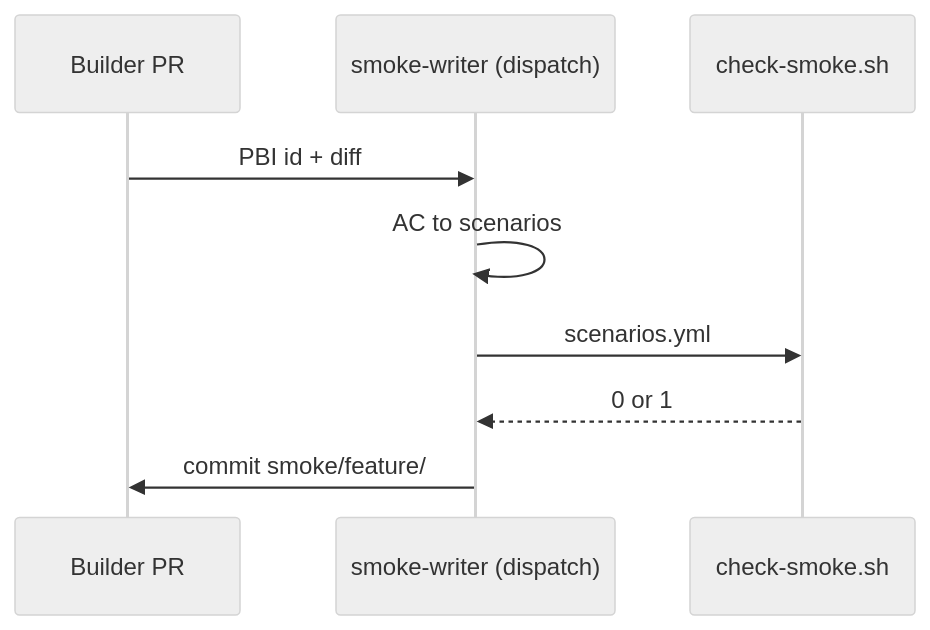
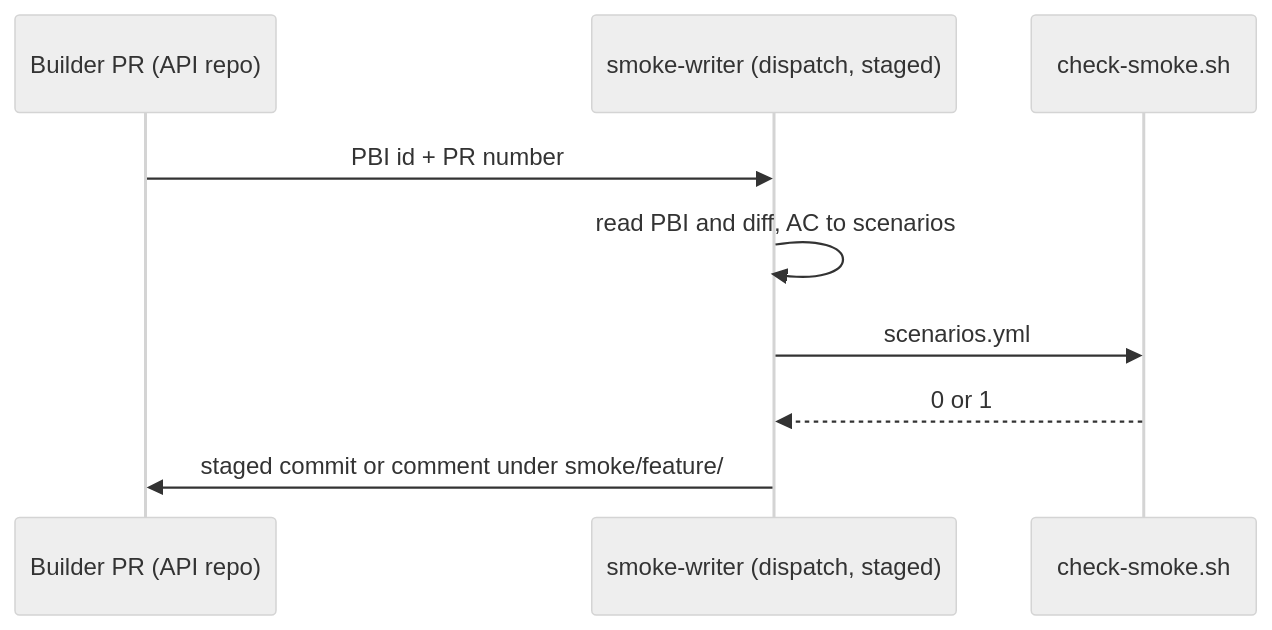
Before and after one commit to svennijhuis/agentic-workflows: the first of 2 diagrams in docs/pbi/smoke/SM02.md, drawn with Mermaid (neutral theme). The commit also changed other lines of this file and 8 other files, not shown here.

First line of the commit message:
docs(pbi): smoke SM01-SM07, Cursor review fixes at 17510cc

````diff
--- a/docs/pbi/smoke/SM02.md
+++ b/docs/pbi/smoke/SM02.md
@@ -28,11 +39,11 @@
-  ```mermaid
-  sequenceDiagram
-    participant B as Builder PR
-    participant W as smoke-writer (dispatch)
-    participant C as check-smoke.sh
-    B->>W: PBI id + diff
-    W->>W: AC to scenarios
-    W->>C: scenarios.yml
-    C-->>W: 0 or 1
-    W->>B: commit smoke/feature/
-  ```
+```mermaid
+sequenceDiagram
+  participant B as Builder PR (API repo)
+  participant W as smoke-writer (dispatch, staged)
+  participant C as check-smoke.sh
+  B->>W: PBI id + PR number
+  W->>W: read PBI and diff, AC to scenarios
+  W->>C: scenarios.yml
+  C-->>W: 0 or 1
+  W->>B: staged commit or comment under smoke/feature/
+```
````
